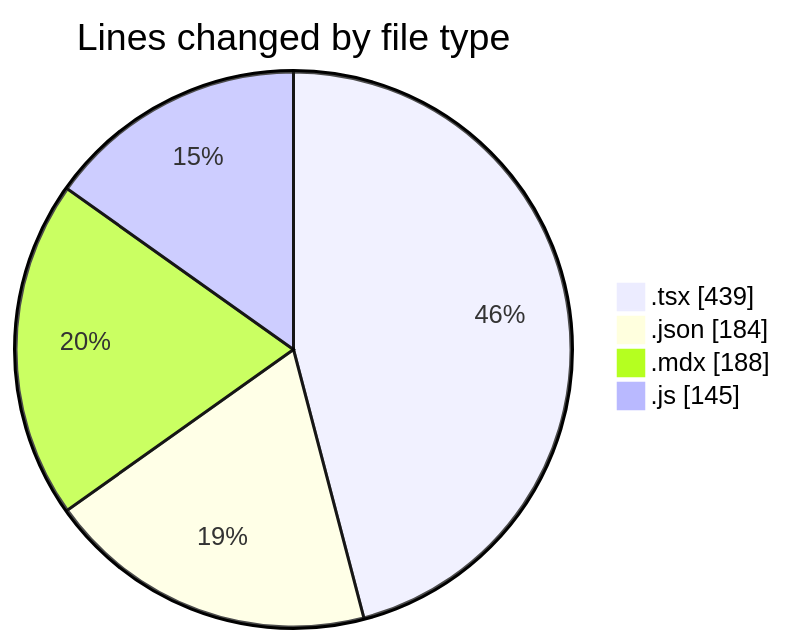
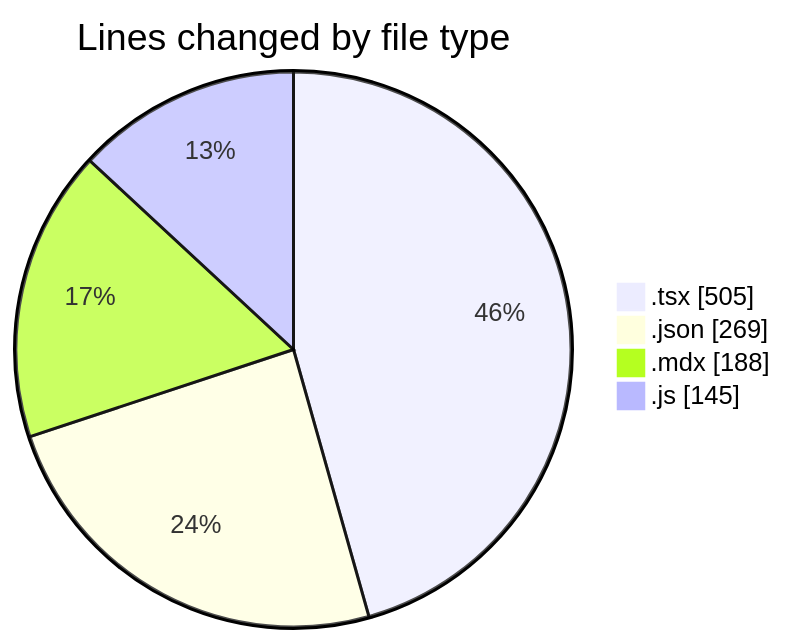
One commit to momahboobian/code-tracking changed the first of 2 diagrams in 2026-01-12/cda/README.md. Above: the diagram before and after it, drawn with Mermaid. The commit also changed other lines of this file and 1 other file, not shown here.

````diff
--- a/2026-01-12/cda/README.md
+++ b/2026-01-12/cda/README.md
@@ -23,8 +25,8 @@
 ```mermaid
 pie showData
 title Lines changed by file type
-".tsx" : 439
-".json" : 184
+".tsx" : 505
+".json" : 269
 ".mdx" : 188
 ".js" : 145
 ```
````
